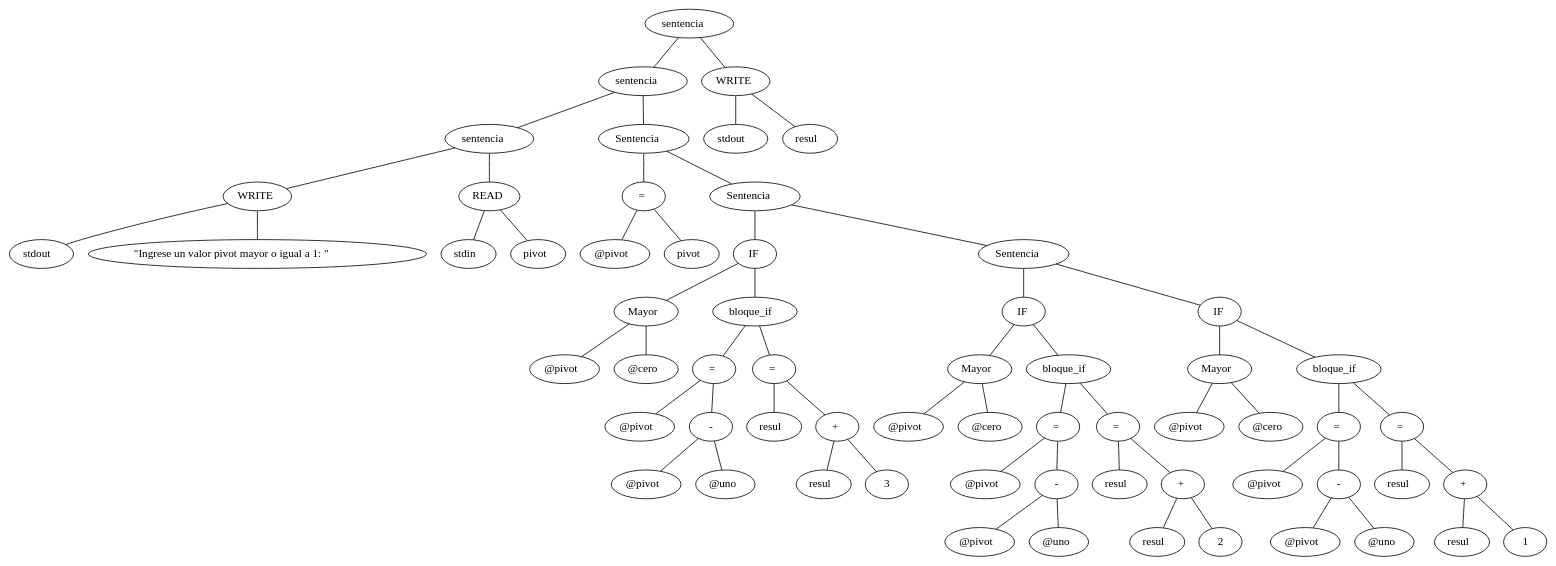
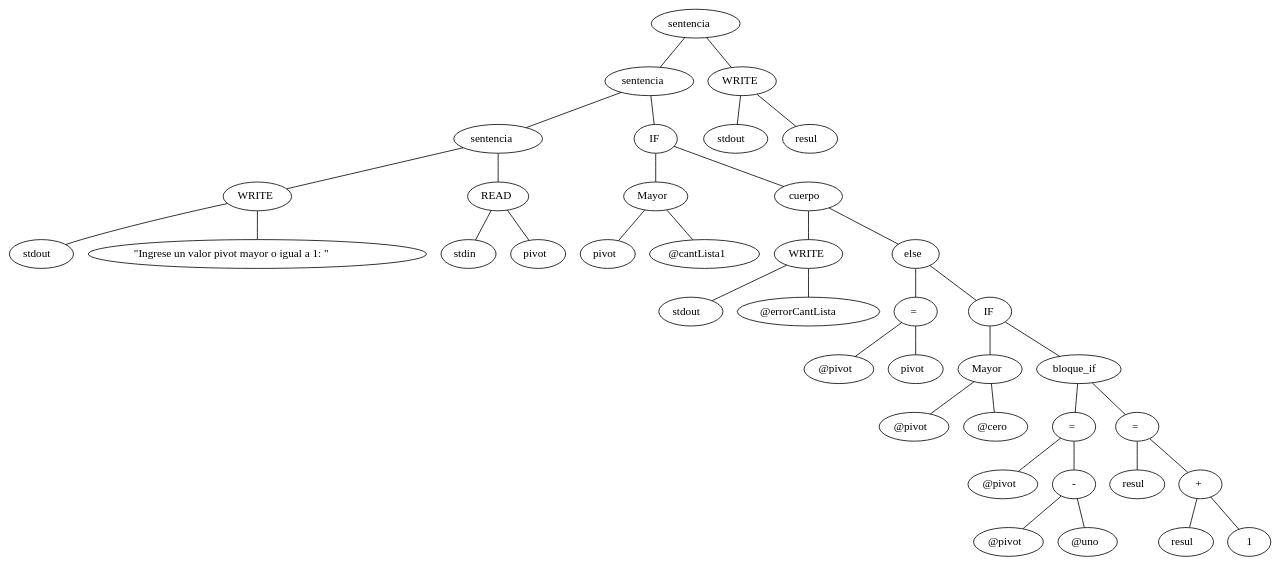
One commit to CristianGVera/EA3 changed the diagram in arbol.dot. Above: the diagram before and after it, drawn with Graphviz. The commit also changed 8 other files, not shown here.

```diff
--- a/arbol.dot
+++ b/arbol.dot
@@ -1,157 +1,97 @@
 graph g{
 	0[label=<sentencia>]
 	1[label=<sentencia>]
-	60[label=<WRITE>]
+	36[label=<WRITE>]
 	0--1
-	0--60
+	0--36
 	1[label=<sentencia>]
 	2[label=<sentencia>]
-	9[label=<Sentencia>]
+	9[label=<IF>]
 	1--2
 	1--9
 	2[label=<sentencia>]
 	3[label=<WRITE>]
 	6[label=<READ>]
 	2--3
 	2--6
 	3[label=<WRITE>]
 	4[label=<stdout>]
 	5[label=<"Ingrese un valor pivot mayor o igual a 1: ">]
 	3--4
 	3--5
 	6[label=<READ>]
 	7[label=<stdin>]
 	8[label=<pivot>]
 	6--7
 	6--8
-	9[label=<Sentencia>]
-	10[label=<=>]
-	13[label=<Sentencia>]
+	9[label=<IF>]
+	10[label=<Mayor>]
+	13[label=<cuerpo>]
 	9--10
 	9--13
-	10[label=<=>]
-	11[label=<@pivot>]
-	12[label=<pivot>]
+	10[label=<Mayor>]
+	11[label=<pivot>]
+	12[label=<@cantLista1>]
 	10--11
 	10--12
-	13[label=<Sentencia>]
-	14[label=<IF>]
-	29[label=<Sentencia>]
+	13[label=<cuerpo>]
+	14[label=<WRITE>]
+	17[label=<else>]
 	13--14
-	13--29
-	14[label=<IF>]
-	15[label=<Mayor>]
-	18[label=<bloque_if>]
+	13--17
+	14[label=<WRITE>]
+	15[label=<stdout>]
+	16[label=<@errorCantLista>]
 	14--15
-	14--18
-	15[label=<Mayor>]
-	16[label=<@pivot>]
-	17[label=<@cero>]
-	15--16
-	15--17
-	18[label=<bloque_if>]
-	19[label=<=>]
-	24[label=<=>]
+	14--16
+	17[label=<else>]
+	18[label=<=>]
+	21[label=<IF>]
+	17--18
+	17--21
+	18[label=<=>]
+	19[label=<@pivot>]
+	20[label=<pivot>]
 	18--19
-	18--24
-	19[label=<=>]
-	20[label=<@pivot>]
-	21[label=<->]
-	19--20
-	19--21
-	21[label=<->]
-	22[label=<@pivot>]
-	23[label=<@uno>]
+	18--20
+	21[label=<IF>]
+	22[label=<Mayor>]
+	25[label=<bloque_if>]
 	21--22
-	21--23
-	24[label=<=>]
-	25[label=<resul>]
-	26[label=<+>]
-	24--25
-	24--26
-	26[label=<+>]
-	27[label=<resul>]
-	28[label=<3>]
+	21--25
+	22[label=<Mayor>]
+	23[label=<@pivot>]
+	24[label=<@cero>]
+	22--23
+	22--24
+	25[label=<bloque_if>]
+	26[label=<=>]
+	31[label=<=>]
+	25--26
+	25--31
+	26[label=<=>]
+	27[label=<@pivot>]
+	28[label=<->]
 	26--27
 	26--28
-	29[label=<Sentencia>]
-	30[label=<IF>]
-	45[label=<IF>]
-	29--30
-	29--45
-	30[label=<IF>]
-	31[label=<Mayor>]
-	34[label=<bloque_if>]
-	30--31
-	30--34
-	31[label=<Mayor>]
-	32[label=<@pivot>]
-	33[label=<@cero>]
+	28[label=<->]
+	29[label=<@pivot>]
+	30[label=<@uno>]
+	28--29
+	28--30
+	31[label=<=>]
+	32[label=<resul>]
+	33[label=<+>]
 	31--32
 	31--33
-	34[label=<bloque_if>]
-	35[label=<=>]
-	40[label=<=>]
-	34--35
-	34--40
-	35[label=<=>]
-	36[label=<@pivot>]
-	37[label=<->]
-	35--36
-	35--37
-	37[label=<->]
-	38[label=<@pivot>]
-	39[label=<@uno>]
-	37--38
-	37--39
-	40[label=<=>]
-	41[label=<resul>]
-	42[label=<+>]
-	40--41
-	40--42
-	42[label=<+>]
-	43[label=<resul>]
-	44[label=<2>]
-	42--43
-	42--44
-	45[label=<IF>]
-	46[label=<Mayor>]
-	49[label=<bloque_if>]
-	45--46
-	45--49
-	46[label=<Mayor>]
-	47[label=<@pivot>]
-	48[label=<@cero>]
-	46--47
-	46--48
-	49[label=<bloque_if>]
-	50[label=<=>]
-	55[label=<=>]
-	49--50
-	49--55
-	50[label=<=>]
-	51[label=<@pivot>]
-	52[label=<->]
-	50--51
-	50--52
-	52[label=<->]
-	53[label=<@pivot>]
-	54[label=<@uno>]
-	52--53
-	52--54
-	55[label=<=>]
-	56[label=<resul>]
-	57[label=<+>]
-	55--56
-	55--57
-	57[label=<+>]
-	58[label=<resul>]
-	59[label=<1>]
-	57--58
-	57--59
-	60[label=<WRITE>]
-	61[label=<stdout>]
-	62[label=<resul>]
-	60--61
-	60--62
+	33[label=<+>]
+	34[label=<resul>]
+	35[label=<1>]
+	33--34
+	33--35
+	36[label=<WRITE>]
+	37[label=<stdout>]
+	38[label=<resul>]
+	36--37
+	36--38
 }
```
